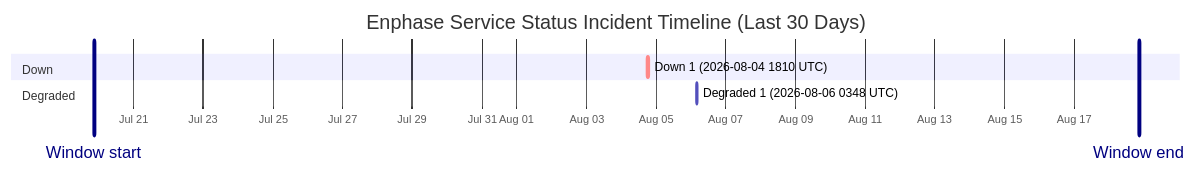
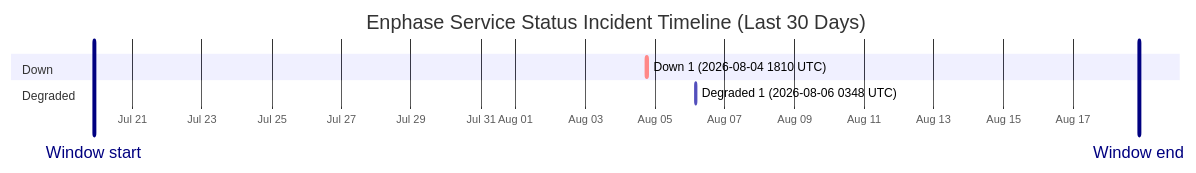
The diagram in wiki/Service-Status-History.md (barneyonline/ha-enphase-energy), drawn with Mermaid before and after one commit. The commit also changed other lines of this file and 3 other files, not shown here.

````diff
--- a/wiki/Service-Status-History.md
+++ b/wiki/Service-Status-History.md
@@ -14,12 +14,12 @@
 ```mermaid
 gantt
     title Enphase Service Status Incident Timeline (Last 30 Days)
     dateFormat  YYYY-MM-DDTHH:mm:ss
     axisFormat  %b %d
-    Window start :vert, window-start, 2026-07-19T20:49:02, 0ms
-    Window end :vert, window-end, 2026-08-18T20:49:02, 0ms
+    Window start :vert, window-start, 2026-07-19T21:21:37, 0ms
+    Window end :vert, window-end, 2026-08-18T21:21:37, 0ms
     section Down
     Down 1 (2026-08-04 1810 UTC) :crit, down-1, 2026-08-04T18:10:46, 60m
     section Degraded
     Degraded 1 (2026-08-06 0348 UTC) :active, degraded-1, 2026-08-06T03:48:14, 60m
 ```
````
